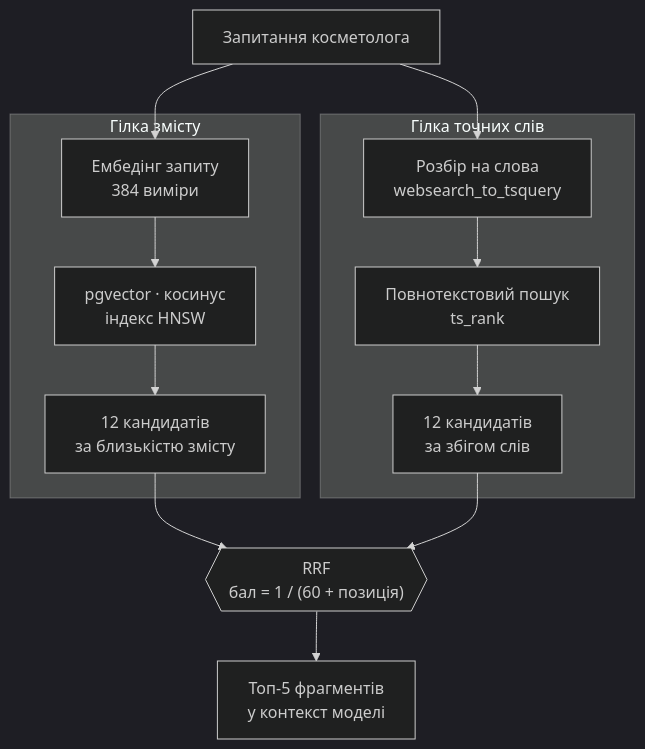
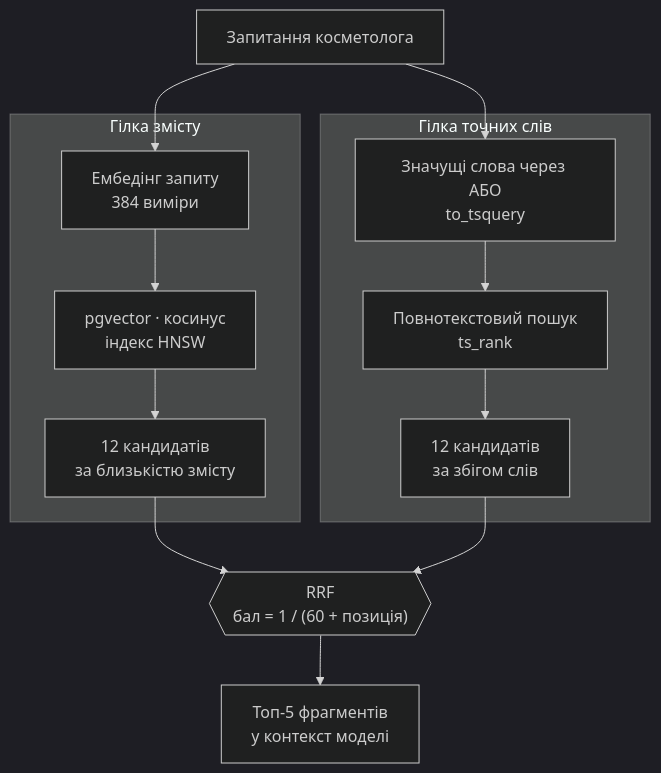
The third of 6 diagrams in RAG.md (kindrakevich-agency/demax), drawn with Mermaid (dark theme) before and after one commit. The commit also changed other lines of this file and 2 other files, not shown here.

````diff
--- a/RAG.md
+++ b/RAG.md
@@ -115,21 +114,21 @@
 ```mermaid
 flowchart TB
     Q["Запитання косметолога"]
 
     Q --> E["Ембедінг запиту<br/>384 виміри"]
-    Q --> T["Розбір на слова<br/>websearch_to_tsquery"]
+    Q --> T["Значущі слова через АБО<br/>to_tsquery"]
 
     subgraph V["Гілка змісту"]
         E --> V1["pgvector · косинус<br/>індекс HNSW"]
         V1 --> V2["12 кандидатів<br/>за близькістю змісту"]
     end
 
     subgraph F["Гілка точних слів"]
         T --> F1["Повнотекстовий пошук<br/>ts_rank"]
         F1 --> F2["12 кандидатів<br/>за збігом слів"]
     end
 
     V2 --> R{{"RRF<br/>бал = 1 / (60 + позиція)"}}
     F2 --> R
     R --> TOP["Топ-5 фрагментів<br/>у контекст моделі"]
 ```
````
